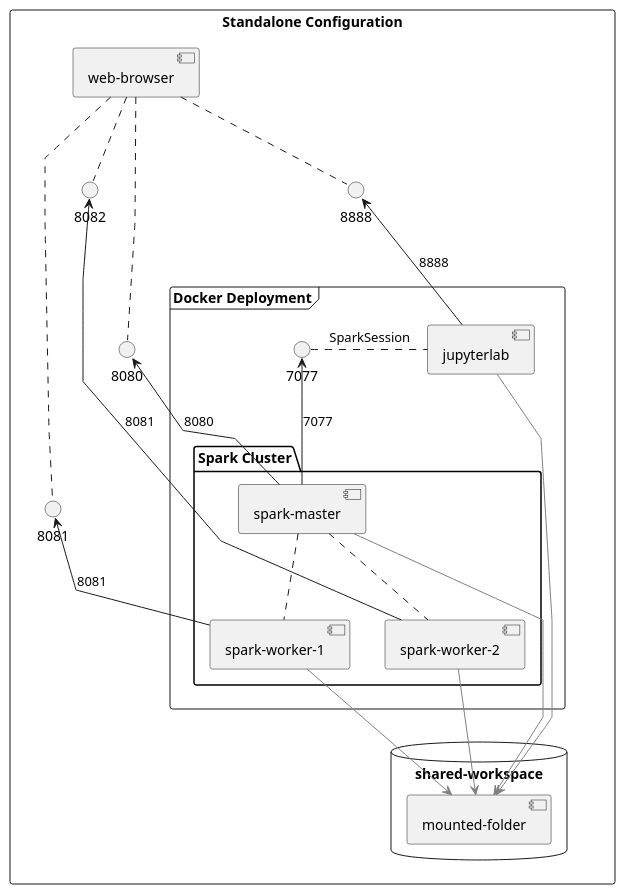
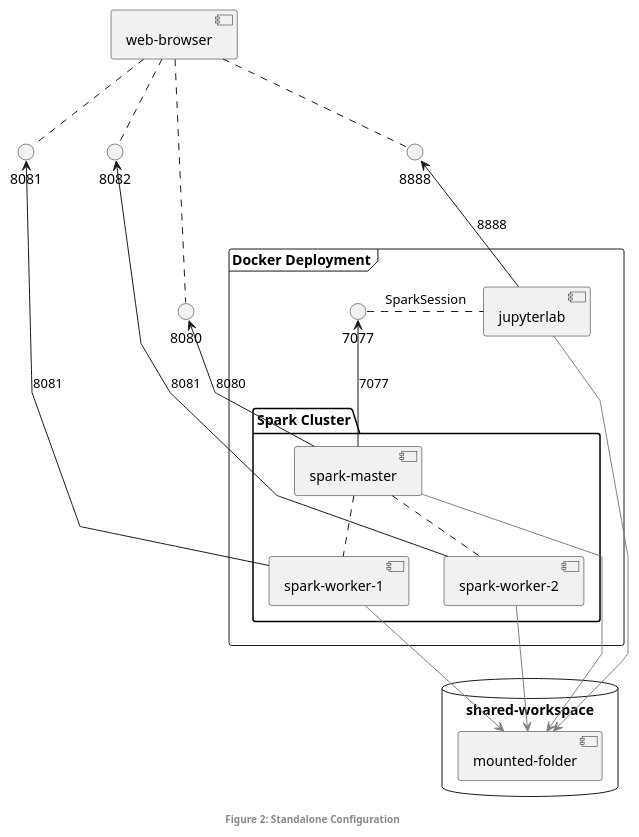
The diagram in files/figures/configuration.puml (peterprescott/spark-standalone), drawn with PlantUML before and after one commit. The commit also changed 5 other files, not shown here.

Commit message:
Include figure titles as footers

```diff
--- a/files/figures/configuration.puml
+++ b/files/figures/configuration.puml
@@ -1,48 +1,48 @@
 @startuml
 
 skinparam linetype polyline
 
-rectangle "Standalone Configuration" {
+footer: **Figure 2: Standalone Configuration**
     
-    frame "Docker Deployment" {
-          [jupyterlab]
-          
-          package "Spark Cluster" {
-              [spark-master]
-              [spark-worker-1]
-              [spark-worker-2]
-              }
-        
-          [spark-master] -up-> 7077 : 7077
-          [jupyterlab] ..left.. 7077: SparkSession
-    }
-    
-    [jupyterlab]
-    [spark-master]
-    [spark-worker-1]
-    [spark-worker-2]
-    [spark-master] ..  [spark-worker-1]
-    [spark-master] .. [spark-worker-2]
-    
-    database shared-workspace {
-      [mounted-folder] as volume_1
-    }
-    
-    [jupyterlab] -up-> 8888 : 8888
-    [spark-master] -up-> 8080 : 8080
-    [spark-worker-1] -up-> 8081 : 8081
-    [spark-worker-2]  -up-> 8082 : 8081
-    
-    [jupyterlab] -[#grey]-> volume_1 
-    [spark-master] -[#grey]-> volume_1
-    [spark-worker-1] -[#grey]-> volume_1
-    [spark-worker-2] -[#grey]-> volume_1
-    
-    [web-browser] .. 8888
-    [web-browser] .. 8080
-    [web-browser] .. 8081
-    [web-browser] .. 8082
+frame "Docker Deployment" {
+  [jupyterlab]
+  
+  package "Spark Cluster" {
+      [spark-master]
+      [spark-worker-1]
+      [spark-worker-2]
+      }
 
+  [spark-master] -up-> 7077 : 7077
+  [jupyterlab] ..left.. 7077: SparkSession
 }
 
+[jupyterlab]
+[spark-master]
+[spark-worker-1]
+[spark-worker-2]
+[spark-master] ..  [spark-worker-1]
+[spark-master] .. [spark-worker-2]
+
+database shared-workspace {
+[mounted-folder] as volume_1
+}
+
+[jupyterlab] -up-> 8888 : 8888
+[spark-master] -up-> 8080 : 8080
+[spark-worker-1] -up-> 8081 : 8081
+[spark-worker-2]  -up-> 8082 : 8081
+
+[jupyterlab] -[#grey]-> volume_1 
+[spark-master] -[#grey]-> volume_1
+[spark-worker-1] -[#grey]-> volume_1
+[spark-worker-2] -[#grey]-> volume_1
+
+[web-browser] .. 8888
+[web-browser] .. 8080
+[web-browser] .. 8081
+[web-browser] .. 8082
+
+
+
 @enduml
```
